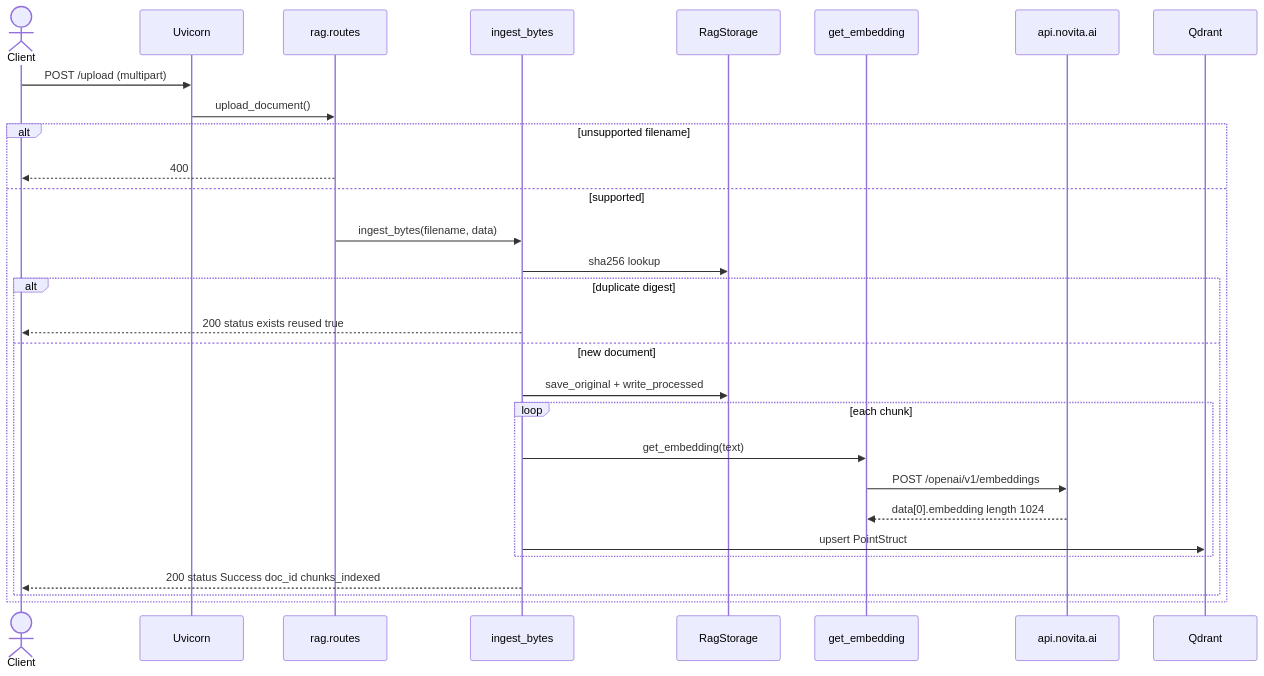
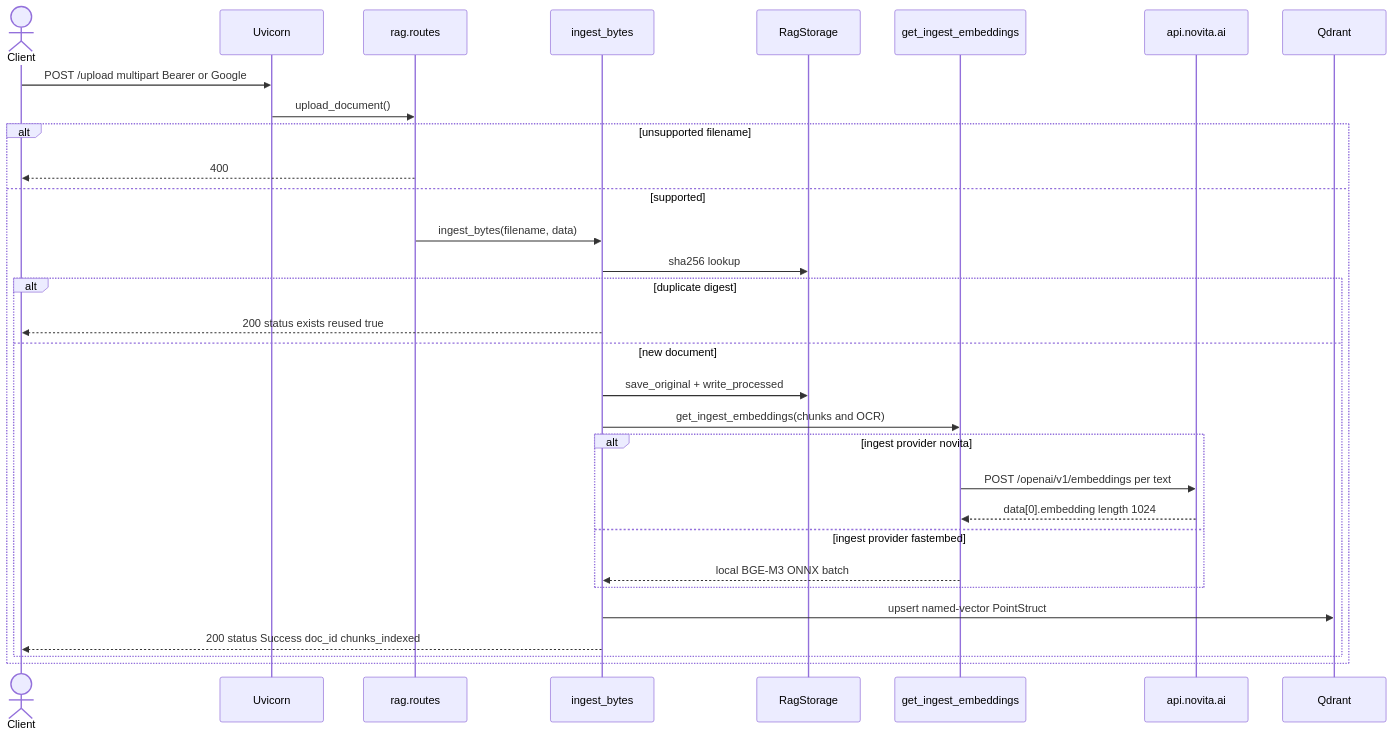
One commit to mkrejp/fastmcp-rag-timer changed the third of 4 diagrams in docs/ARCHITECTURE.md. Above: the diagram before and after it, drawn with Mermaid. The commit also changed other lines of this file and 8 other files, not shown here.

First line of the commit message:
docs: align README, architecture, and connectivity with current main

````diff
--- a/docs/ARCHITECTURE.md
+++ b/docs/ARCHITECTURE.md
@@ -222,32 +290,34 @@
 ```mermaid
 sequenceDiagram
   actor Client
   participant Uvicorn
   participant Routes as rag.routes
   participant Ingest as ingest_bytes
   participant Storage as RagStorage
-  participant Embed as get_embedding
+  participant Embed as get_ingest_embeddings
   participant Novita as api.novita.ai
   participant Qdrant
 
-  Client->>Uvicorn: POST /upload (multipart)
+  Client->>Uvicorn: POST /upload multipart Bearer or Google
   Uvicorn->>Routes: upload_document()
   alt unsupported filename
     Routes-->>Client: 400
   else supported
     Routes->>Ingest: ingest_bytes(filename, data)
     Ingest->>Storage: sha256 lookup
     alt duplicate digest
       Ingest-->>Client: 200 status exists reused true
     else new document
       Ingest->>Storage: save_original + write_processed
-      loop each chunk
-        Ingest->>Embed: get_embedding(text)
-        Embed->>Novita: POST /openai/v1/embeddings
+      Ingest->>Embed: get_ingest_embeddings(chunks and OCR)
+      alt ingest provider novita
+        Embed->>Novita: POST /openai/v1/embeddings per text
         Novita-->>Embed: data[0].embedding length 1024
-        Ingest->>Qdrant: upsert PointStruct
+      else ingest provider fastembed
+        Embed-->>Ingest: local BGE-M3 ONNX batch
       end
+      Ingest->>Qdrant: upsert named-vector PointStruct
       Ingest-->>Client: 200 status Success doc_id chunks_indexed
     end
   end
 ```
````
